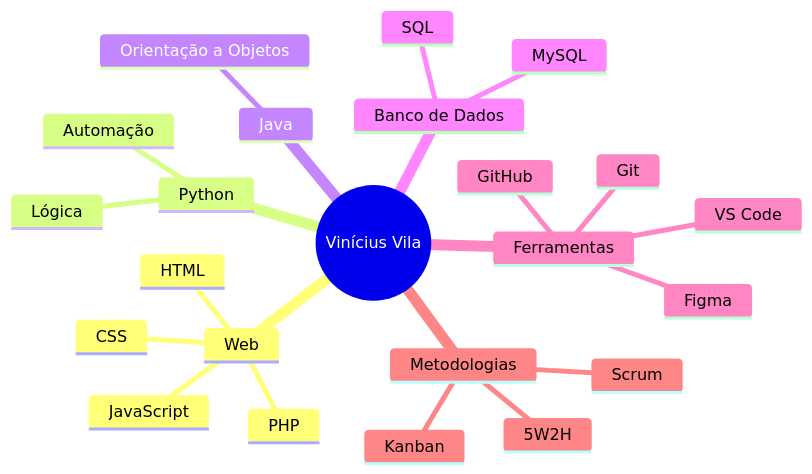
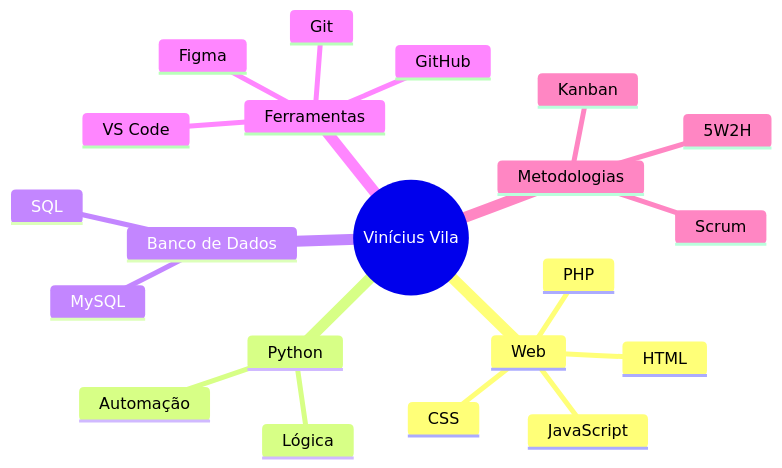
One commit to ViniVila/ViniVila changed the first of 2 diagrams in readme.md. Above: the diagram before and after it, drawn with Mermaid. The commit also changed other lines of this file, not shown here.

````diff
--- a/readme.md
+++ b/readme.md
@@ -111,26 +111,24 @@
 ```mermaid
 mindmap
   root((Vinícius Vila))
     Web
       HTML
       CSS
       JavaScript
       PHP
     Python
       Lógica
       Automação
-    Java
-      Orientação a Objetos
     Banco de Dados
       MySQL
       SQL
     Ferramentas
       Git
       GitHub
       VS Code
       Figma
     Metodologias
       Scrum
       Kanban
       5W2H
 ```
````
